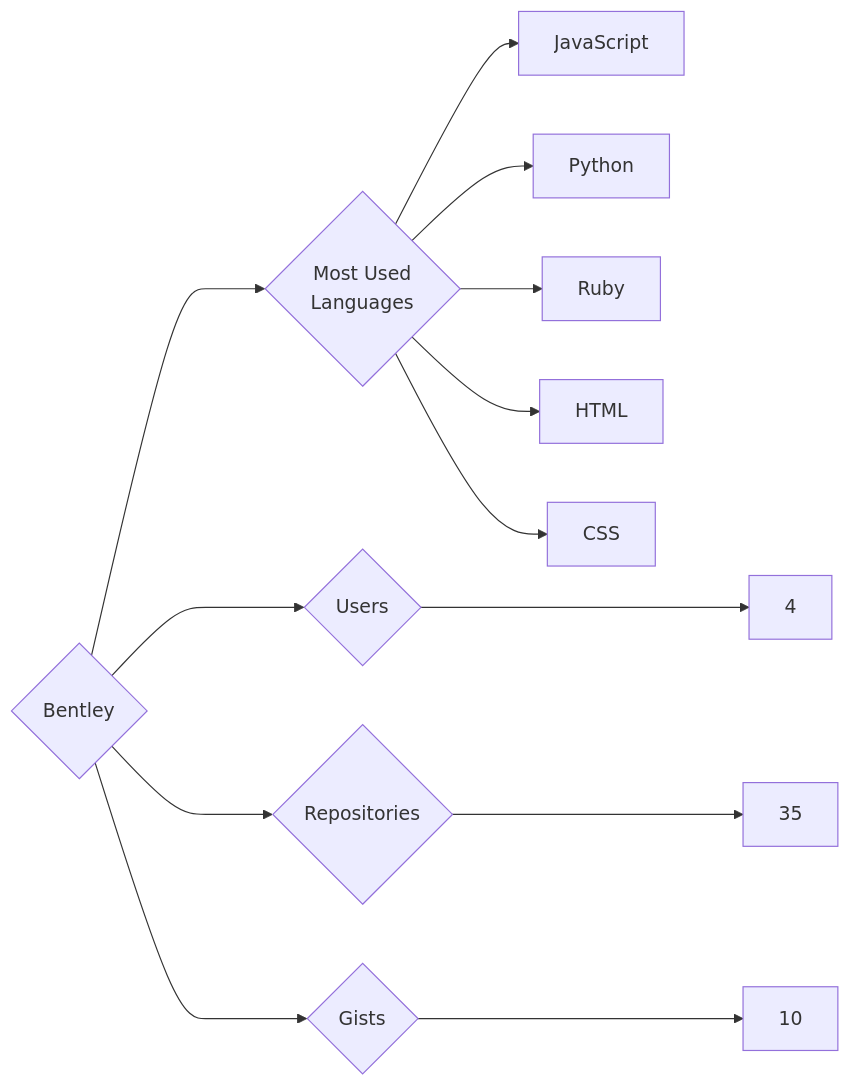
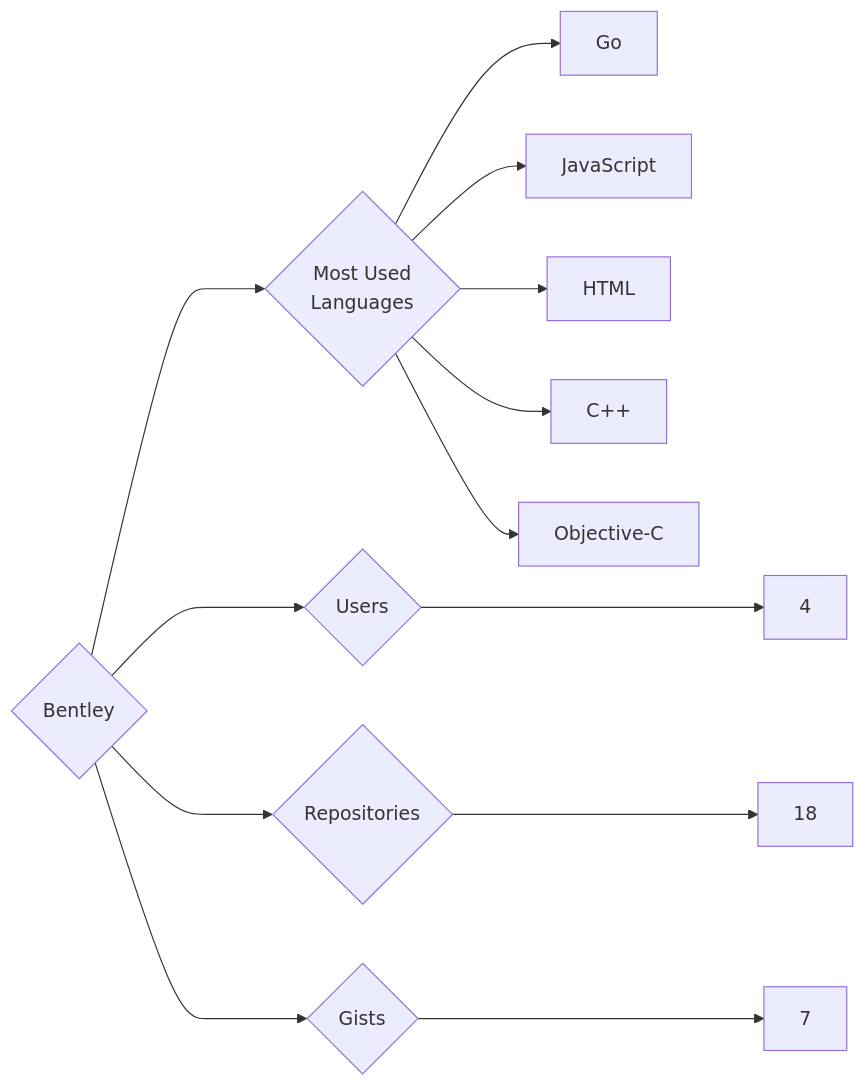
Before and after one commit to trickest/insiders: the diagram in targets/Bentley/README.md, drawn with Mermaid. The commit also changed 859 other files, not shown here.

````diff
--- a/targets/Bentley/README.md
+++ b/targets/Bentley/README.md
@@ -3,13 +3,13 @@
 ```mermaid
 graph LR
 COMPANY_NAME{Bentley}
 COMPANY_NAME ---> U{Users} ---> UN[4]
-COMPANY_NAME ---> R{Repositories} ---> RN[35]
-COMPANY_NAME ---> G{Gists} ---> GN[10]
+COMPANY_NAME ---> R{Repositories} ---> RN[18]
+COMPANY_NAME ---> G{Gists} ---> GN[7]
 COMPANY_NAME ---> ML{Most Used<br>Languages}
+ML --> Go[Go]
 ML --> JavaScript[JavaScript]
-ML --> Python[Python]
-ML --> Ruby[Ruby]
 ML --> HTML[HTML]
-ML --> CSS[CSS]
+ML --> C++[C++]
+ML --> Objective-C[Objective-C]
 ```
````
